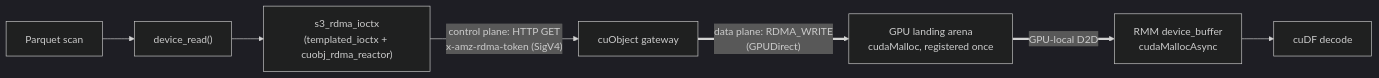
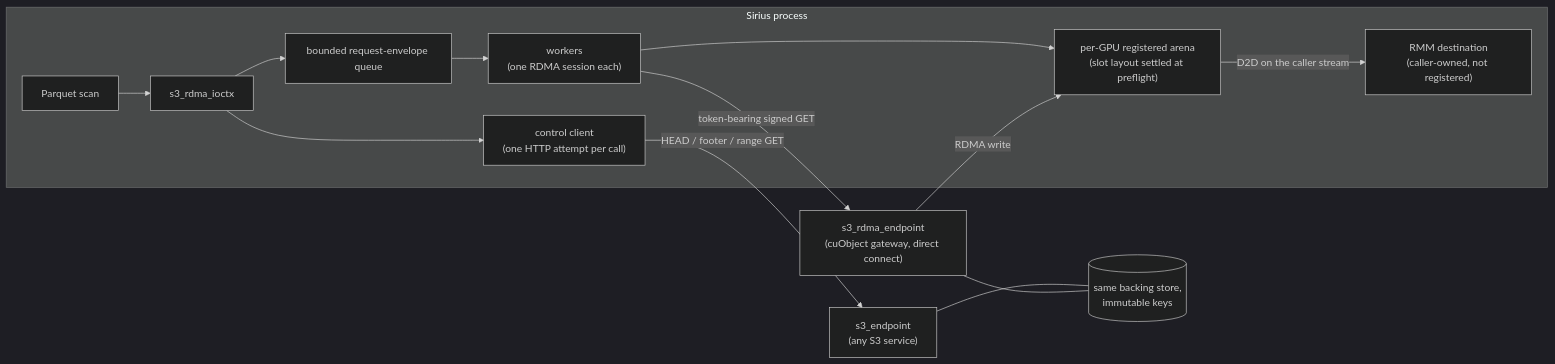
Before and after one commit to sirius-db/sirius: the first of 2 diagrams in experimental/s3-rdma-transport-design.md, drawn with Mermaid (dark theme). The commit also changed other lines of this file and 1 other file, not shown here.

````diff
--- a/experimental/s3-rdma-transport-design.md
+++ b/experimental/s3-rdma-transport-design.md
@@ -45,9 +57,16 @@
 ```mermaid
 flowchart LR
-  scan["Parquet scan"] --> dr["device_read()"]
-  dr --> ic["s3_rdma_ioctx<br/>(templated_ioctx + cuobj_rdma_reactor)"]
-  ic -- "control plane: HTTP GET<br/>x-amz-rdma-token (SigV4)" --> gw["cuObject gateway"]
-  gw == "data plane: RDMA_WRITE<br/>(GPUDirect)" ==> arena["GPU landing arena<br/>cudaMalloc, registered once"]
-  arena == "GPU-local D2D" ==> rmm["RMM device_buffer<br/>cudaMallocAsync"]
-  rmm --> decode["cuDF decode"]
+  subgraph proc["Sirius process"]
+    scan["Parquet scan"] --> ioctx["s3_rdma_ioctx"]
+    ioctx --> ctl["control client<br/>(one HTTP attempt per call)"]
+    ioctx --> q["bounded request-envelope queue"]
+    q --> w["workers<br/>(one RDMA session each)"]
+    w --> arena["per-GPU registered arena<br/>(slot layout settled at preflight)"]
+    arena -->|"D2D on the caller stream"| rmm["RMM destination<br/>(caller-owned, not registered)"]
+  end
+  ctl -->|"HEAD / footer / range GET"| s3["s3_endpoint<br/>(any S3 service)"]
+  w -->|"token-bearing signed GET"| gw["s3_rdma_endpoint<br/>(cuObject gateway, direct connect)"]
+  gw -->|"RDMA write"| arena
+  s3 --- store[("same backing store,<br/>immutable keys")]
+  gw --- store
 ```
````
